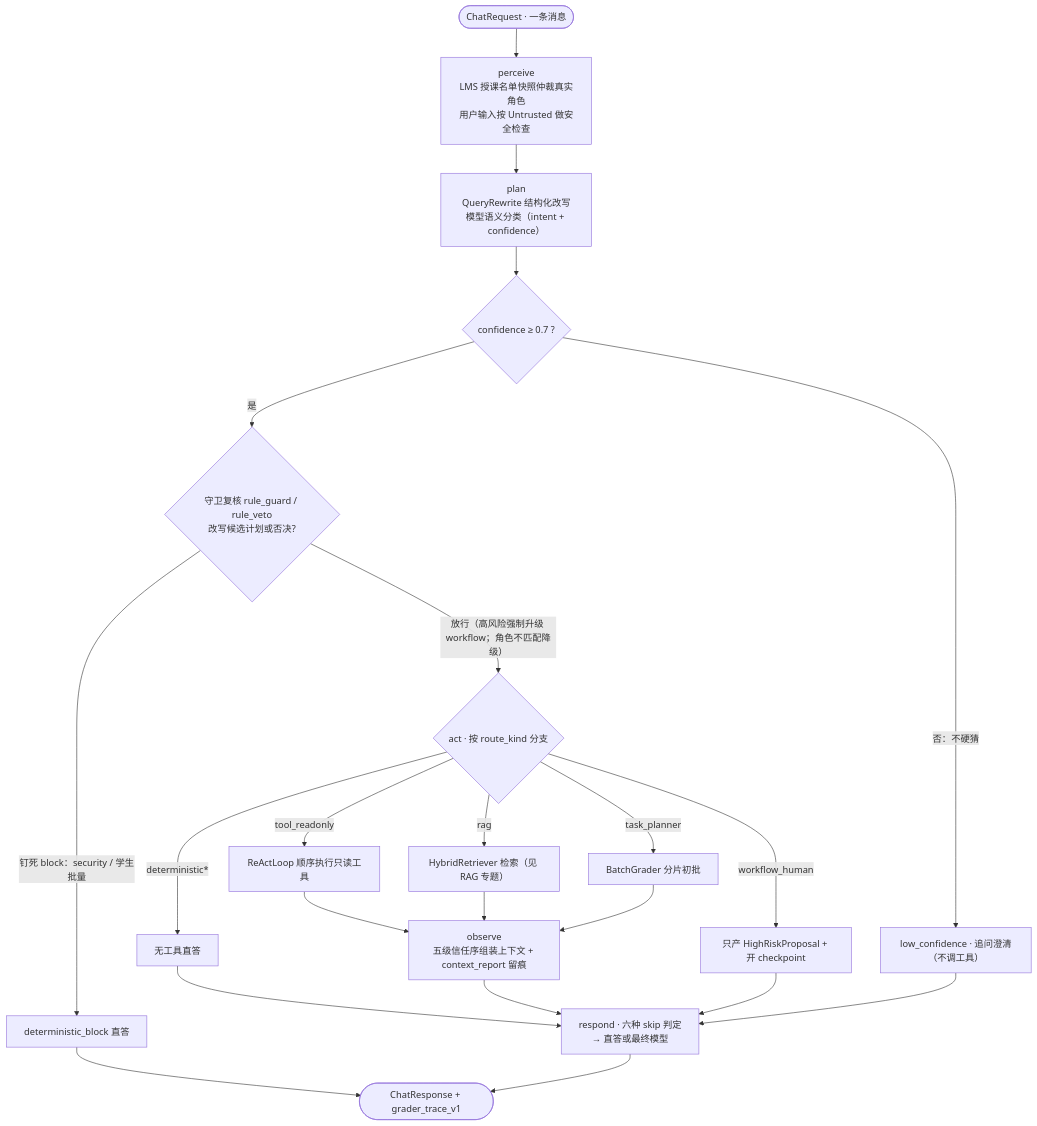
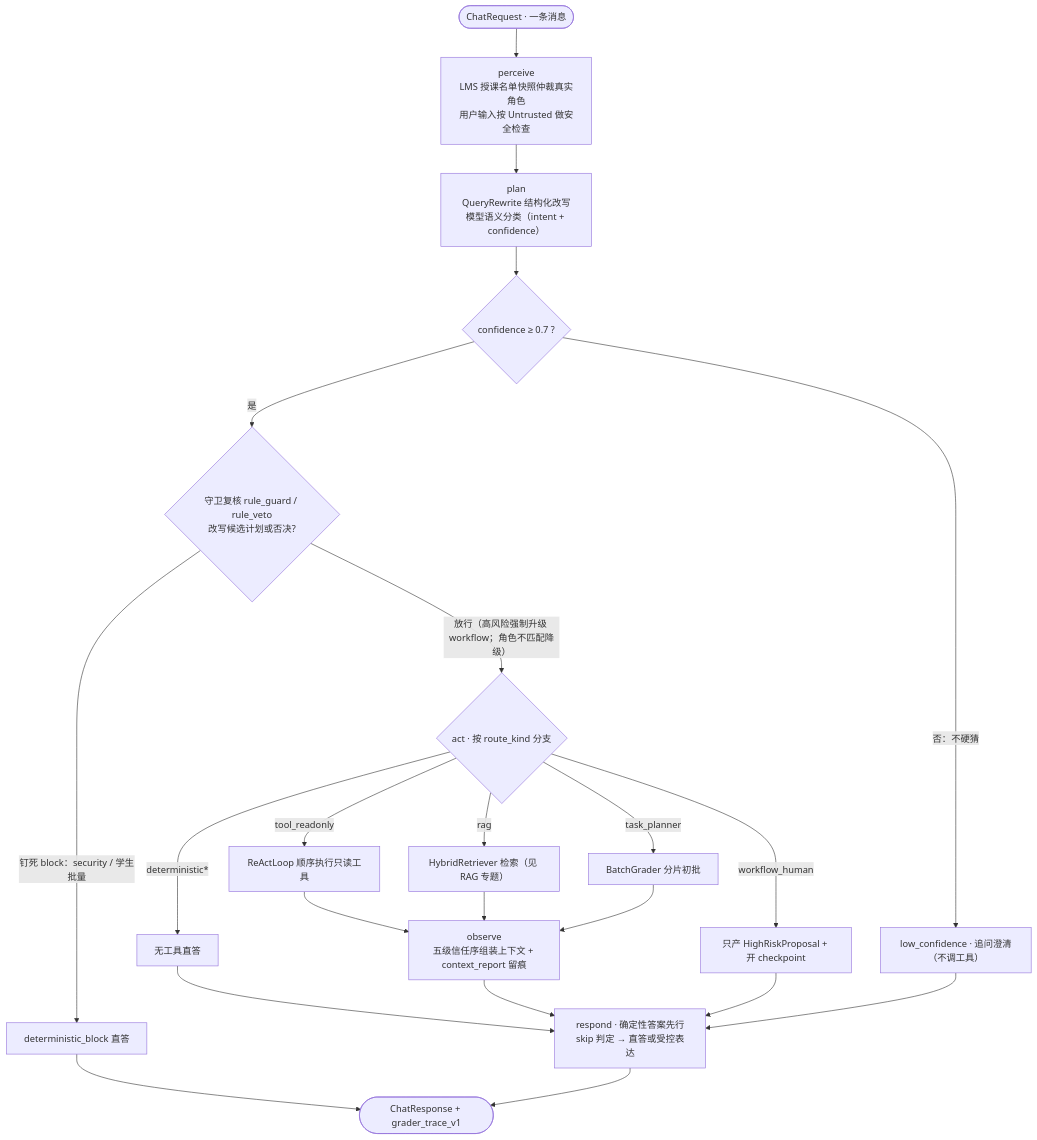
One commit to erictrainnlpinxihu/Grader-agent changed the first of 5 diagrams in docs/agent.md. Above: the diagram before and after it, drawn with Mermaid. The commit also changed other lines of this file and 7 other files, not shown here.

````diff
--- a/docs/agent.md
+++ b/docs/agent.md
@@ -31,24 +31,24 @@
 ```mermaid
 flowchart TD
     IN(["ChatRequest · 一条消息"]) --> PV["perceive<br/>LMS 授课名单快照仲裁真实角色<br/>用户输入按 Untrusted 做安全检查"]
     PV --> PL["plan<br/>QueryRewrite 结构化改写<br/>模型语义分类（intent + confidence）"]
     PL --> CONF{"confidence ≥ 0.7 ?"}
     CONF -->|"否：不硬猜"| CLF["low_confidence · 追问澄清（不调工具）"]
     CONF -->|是| G{"守卫复核 rule_guard / rule_veto<br/>改写候选计划或否决?"}
     G -->|"钉死 block：security / 学生批量"| BLK["deterministic_block 直答"]
     G -->|"放行（高风险强制升级 workflow；角色不匹配降级）"| ACT{"act · 按 route_kind 分支"}
     ACT -->|tool_readonly| REACT["ReActLoop 顺序执行只读工具"]
     ACT -->|rag| RAG["HybridRetriever 检索（见 RAG 专题）"]
     ACT -->|workflow_human| WF["只产 HighRiskProposal + 开 checkpoint"]
     ACT -->|task_planner| BATCH["BatchGrader 分片初批"]
     ACT -->|deterministic*| NONE["无工具直答"]
     REACT --> OBS["observe<br/>五级信任序组装上下文 + context_report 留痕"]
     RAG --> OBS
     BATCH --> OBS
     NONE --> RSP
-    OBS --> RSP["respond · 六种 skip 判定<br/>→ 直答或最终模型"]
+    OBS --> RSP["respond · 确定性答案先行<br/>skip 判定 → 直答或受控表达"]
     WF --> RSP
     CLF --> RSP
     BLK --> OUT(["ChatResponse + grader_trace_v1"])
     RSP --> OUT
 ```
````
